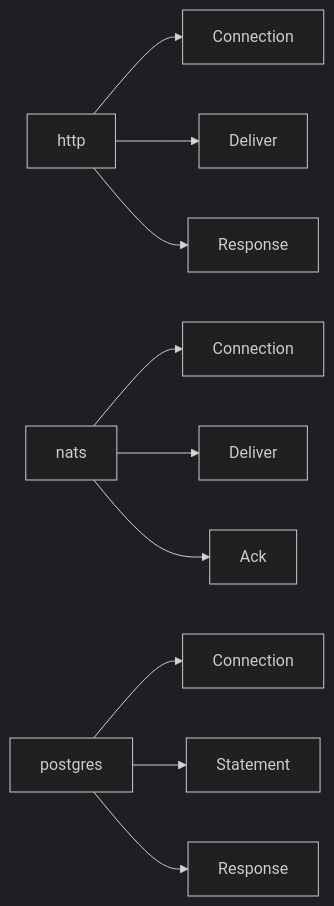
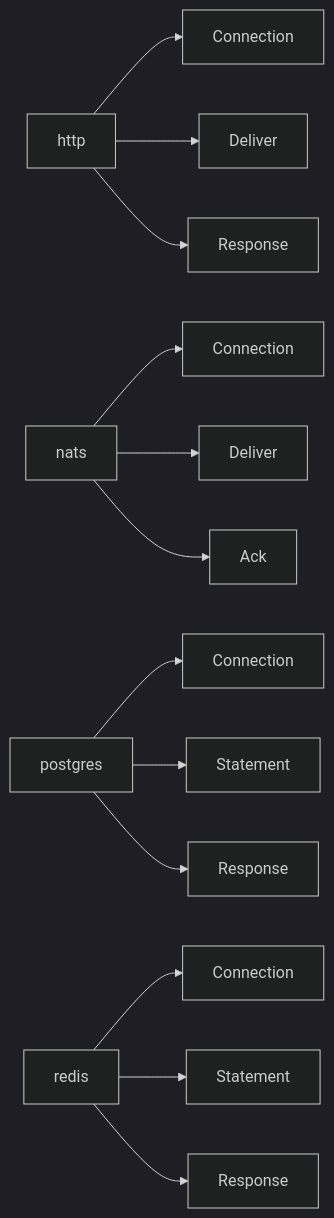
The fourth of 9 diagrams in docs/ARCHITECTURE.md (anthid-labs/misorder), drawn with Mermaid (dark theme) before and after one commit. The commit also changed other lines of this file and 14 other files, not shown here.

````diff
--- a/docs/ARCHITECTURE.md
+++ b/docs/ARCHITECTURE.md
@@ -125,12 +125,15 @@
 ```mermaid
 flowchart LR
     http["http"] --> hc["Connection"]
     http --> hd["Deliver"]
     http --> hr["Response"]
     nats["nats"] --> nc["Connection"]
     nats --> nd["Deliver"]
     nats --> na["Ack"]
     pg["postgres"] --> pc["Connection"]
     pg --> ps["Statement"]
     pg --> pr["Response"]
+    rd["redis"] --> rc["Connection"]
+    rd --> rs["Statement"]
+    rd --> rr["Response"]
 ```
````
